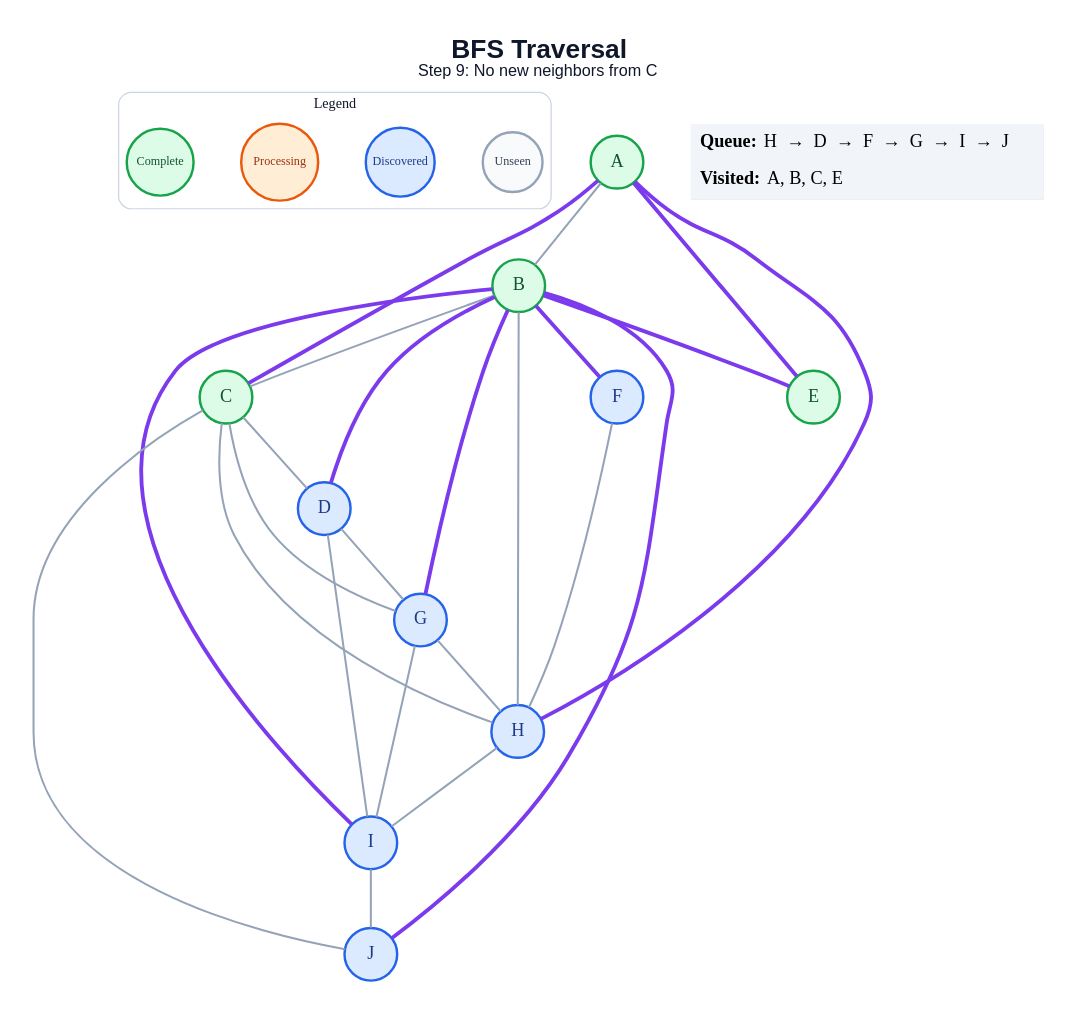
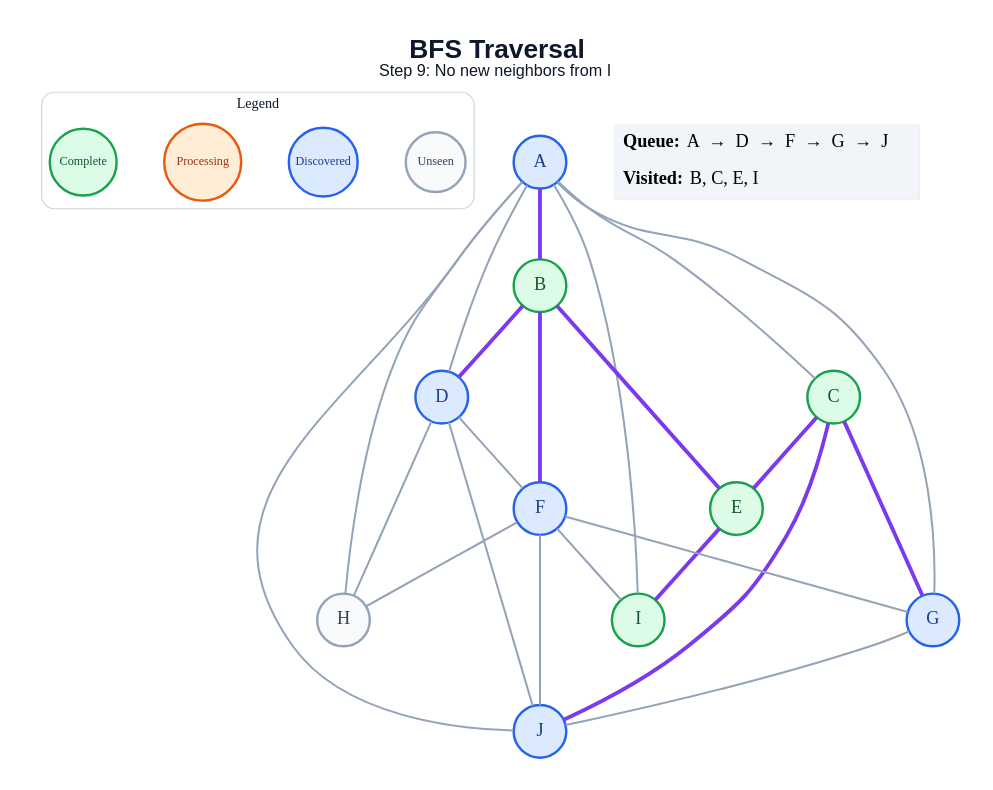
Before and after one commit to amanghodawala9/ai-slop: the diagram in generated/specific-node/bfs/step_09.dot, drawn with Graphviz. The commit also changed 178 other files, not shown here.

```diff
--- a/generated/specific-node/bfs/step_09.dot
+++ b/generated/specific-node/bfs/step_09.dot
@@ -1,52 +1,51 @@
 graph traversal {
   graph [layout=dot, rankdir=TB, bgcolor="#FFFFFF", pad="0.35", nodesep="0.65", ranksep="0.8", fontname="Arial"];
   node [shape=circle, style="filled", fontname="Arial Bold", fontsize=18, width=0.72, fixedsize=true, penwidth=2.4];
   edge [color="#94A3B8", penwidth=2.0];
-  label=<<B>BFS Traversal</B><BR/><FONT POINT-SIZE="16">Step 9: No new neighbors from C</FONT>>; labelloc="t"; fontsize=26; fontname="Arial"; fontcolor="#0F172A";
+  label=<<B>BFS Traversal</B><BR/><FONT POINT-SIZE="16">Step 9: No new neighbors from I</FONT>>; labelloc="t"; fontsize=26; fontname="Arial"; fontcolor="#0F172A";
   subgraph cluster_legend { label="Legend"; color="#CBD5E1"; penwidth=1.2; style="rounded"; fontsize=14; fontname="Arial Bold";
     key_unseen [label="Unseen", fillcolor="#F8FAFC", color="#94A3B8", fontcolor="#334155", fontsize=12, width=0.82];
     key_frontier [label="Discovered", fillcolor="#DBEAFE", color="#2563EB", fontcolor="#1E3A8A", fontsize=12, width=0.95];
     key_current [label="Processing", fillcolor="#FFEDD5", color="#EA580C", fontcolor="#9A3412", fontsize=12, width=1.05];
     key_done [label="Complete", fillcolor="#DCFCE7", color="#16A34A", fontcolor="#14532D", fontsize=12, width=0.92];
     { rank=same; key_unseen; key_frontier; key_current; key_done; }
   }
-  A [fillcolor="#DCFCE7", color="#16A34A", fontcolor="#14532D"];
+  A [fillcolor="#DBEAFE", color="#2563EB", fontcolor="#1E3A8A"];
   B [fillcolor="#DCFCE7", color="#16A34A", fontcolor="#14532D"];
   C [fillcolor="#DCFCE7", color="#16A34A", fontcolor="#14532D"];
   D [fillcolor="#DBEAFE", color="#2563EB", fontcolor="#1E3A8A"];
   E [fillcolor="#DCFCE7", color="#16A34A", fontcolor="#14532D"];
   F [fillcolor="#DBEAFE", color="#2563EB", fontcolor="#1E3A8A"];
   G [fillcolor="#DBEAFE", color="#2563EB", fontcolor="#1E3A8A"];
-  H [fillcolor="#DBEAFE", color="#2563EB", fontcolor="#1E3A8A"];
-  I [fillcolor="#DBEAFE", color="#2563EB", fontcolor="#1E3A8A"];
+  H [fillcolor="#F8FAFC", color="#94A3B8", fontcolor="#334155"];
+  I [fillcolor="#DCFCE7", color="#16A34A", fontcolor="#14532D"];
   J [fillcolor="#DBEAFE", color="#2563EB", fontcolor="#1E3A8A"];
-  A -- B;
-  A -- C [color="#7C3AED", penwidth=3.8];
-  A -- E [color="#7C3AED", penwidth=3.8];
-  A -- H [color="#7C3AED", penwidth=3.8];
-  B -- C;
+  A -- B [color="#7C3AED", penwidth=3.8];
+  A -- C;
+  A -- D;
+  A -- G;
+  A -- H;
+  A -- I;
+  A -- J;
   B -- D [color="#7C3AED", penwidth=3.8];
   B -- E [color="#7C3AED", penwidth=3.8];
   B -- F [color="#7C3AED", penwidth=3.8];
-  B -- G [color="#7C3AED", penwidth=3.8];
-  B -- H;
-  B -- I [color="#7C3AED", penwidth=3.8];
-  B -- J [color="#7C3AED", penwidth=3.8];
-  C -- D;
-  C -- G;
-  C -- H;
-  C -- J;
-  D -- G;
-  D -- I;
+  C -- E [color="#7C3AED", penwidth=3.8];
+  C -- G [color="#7C3AED", penwidth=3.8];
+  C -- J [color="#7C3AED", penwidth=3.8];
+  D -- F;
+  D -- H;
+  D -- J;
+  E -- I [color="#7C3AED", penwidth=3.8];
+  F -- G;
   F -- H;
-  G -- H;
-  G -- I;
-  H -- I;
-  I -- J;
+  F -- I;
+  F -- J;
+  G -- J;
   status [shape=plain, fixedsize=false, width=0, height=0, margin=0, label=<
     <TABLE BORDER="0" CELLBORDER="0" CELLPADDING="7" BGCOLOR="#F1F5F9">
-      <TR><TD ALIGN="LEFT"><B>Queue:</B> H  →  D  →  F  →  G  →  I  →  J</TD></TR>
-      <TR><TD ALIGN="LEFT"><B>Visited:</B> A, B, C, E</TD></TR>
+      <TR><TD ALIGN="LEFT"><B>Queue:</B> A  →  D  →  F  →  G  →  J</TD></TR>
+      <TR><TD ALIGN="LEFT"><B>Visited:</B> B, C, E, I</TD></TR>
     </TABLE>
   >];
 }
```
